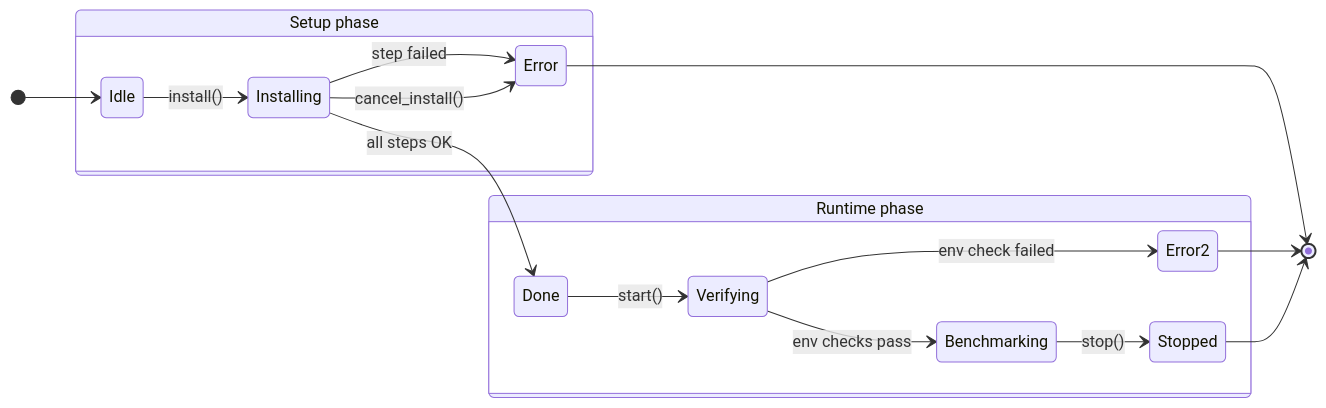
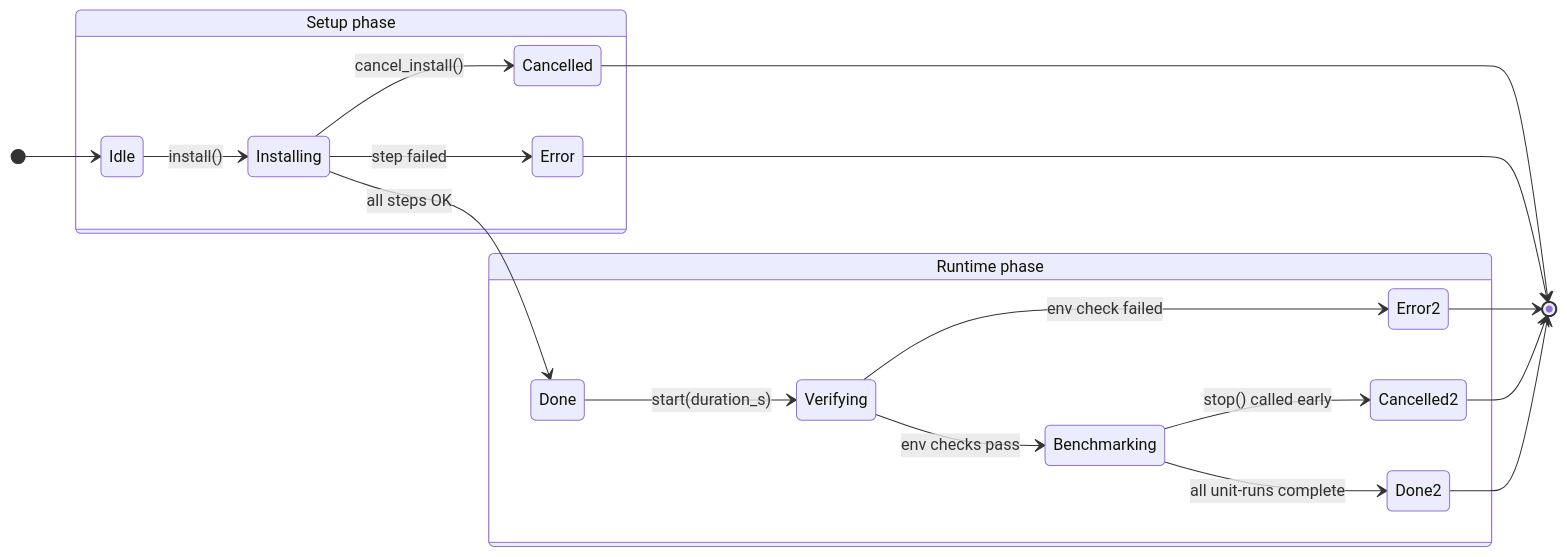
Before and after one commit to intel/time-confighub: the first of 3 diagrams in src/time_config_hub/services/ai_workload/README.md, drawn with Mermaid. The commit also changed other lines of this file and 6 other files, not shown here.

````diff
--- a/src/time_config_hub/services/ai_workload/README.md
+++ b/src/time_config_hub/services/ai_workload/README.md
@@ -28,23 +28,26 @@
 ```mermaid
 stateDiagram-v2
     direction LR
     [*] --> Idle
 
     state "Setup phase" as Setup {
         Idle --> Installing : install()
         Installing --> Done : all steps OK
         Installing --> Error : step failed
-        Installing --> Error : cancel_install()
+        Installing --> Cancelled : cancel_install()
     }
 
     state "Runtime phase" as Runtime {
-        Done --> Verifying : start()
+        Done --> Verifying : start(duration_s)
         Verifying --> Benchmarking : env checks pass
         Verifying --> Error2 : env check failed
-        Benchmarking --> Stopped : stop()
+        Benchmarking --> Done2 : all unit-runs complete
+        Benchmarking --> Cancelled2 : stop() called early
     }
 
     Error --> [*]
     Error2 --> [*]
-    Stopped --> [*]
+    Cancelled --> [*]
+    Done2 --> [*]
+    Cancelled2 --> [*]
 ```
````
